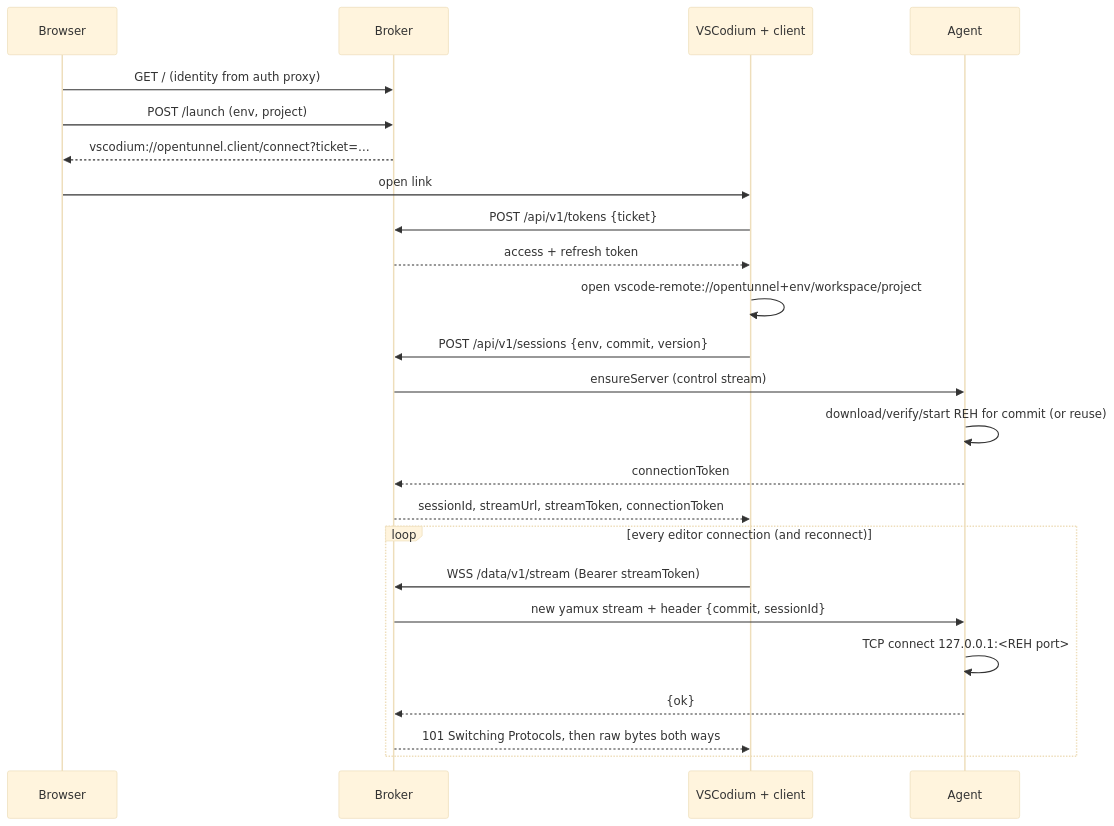
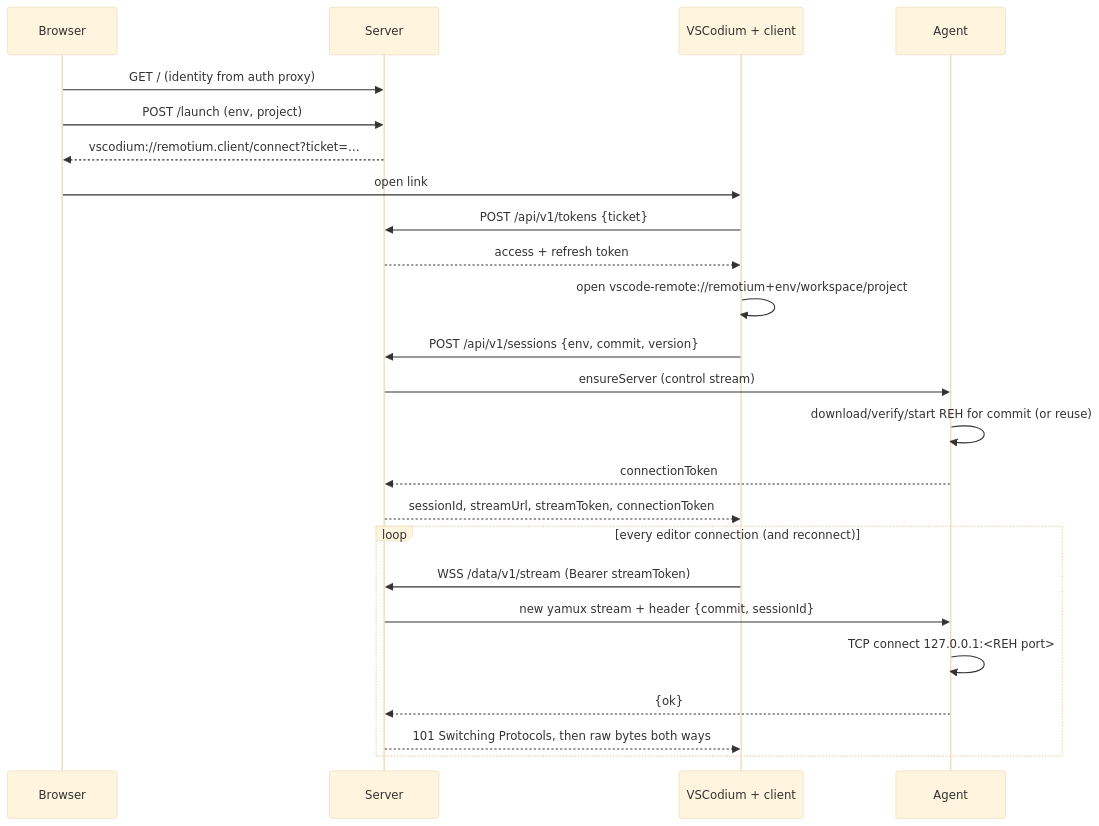
The second of 2 diagrams in docs/architecture.md (bkrrrr/Remotium-), drawn with Mermaid (base theme) before and after one commit. The commit also changed other lines of this file and 61 other files, not shown here.

First line of the commit message:
Rename to Remotium: remotium-client, remotium-server, remotium-agent

````diff
--- a/docs/architecture.md
+++ b/docs/architecture.md
@@ -25,26 +25,26 @@
 ```mermaid
 sequenceDiagram
   participant U as Browser
-  participant B as Broker
+  participant B as Server
   participant C as VSCodium + client
   participant A as Agent
   U->>B: GET / (identity from auth proxy)
   U->>B: POST /launch (env, project)
-  B-->>U: vscodium://opentunnel.client/connect?ticket=…
+  B-->>U: vscodium://remotium.client/connect?ticket=…
   U->>C: open link
   C->>B: POST /api/v1/tokens {ticket}
   B-->>C: access + refresh token
-  C->>C: open vscode-remote://opentunnel+env/workspace/project
+  C->>C: open vscode-remote://remotium+env/workspace/project
   C->>B: POST /api/v1/sessions {env, commit, version}
   B->>A: ensureServer (control stream)
   A->>A: download/verify/start REH for commit (or reuse)
   A-->>B: connectionToken
   B-->>C: sessionId, streamUrl, streamToken, connectionToken
   loop every editor connection (and reconnect)
     C->>B: WSS /data/v1/stream (Bearer streamToken)
     B->>A: new yamux stream + header {commit, sessionId}
     A->>A: TCP connect 127.0.0.1:<REH port>
     A-->>B: {ok}
     B-->>C: 101 Switching Protocols, then raw bytes both ways
   end
 ```
````
